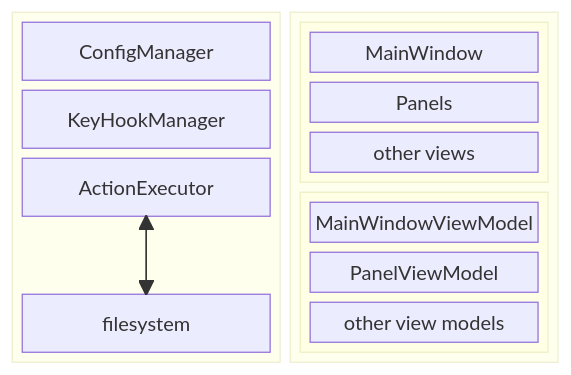
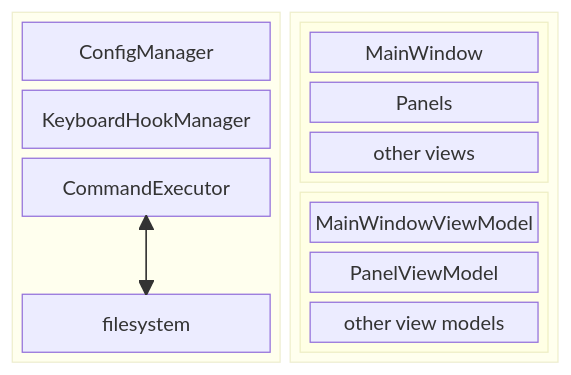
Before and after one commit to goldenbull/CatCommander: the diagram in README.md, drawn with Mermaid. The commit also changed other lines of this file and 2 other files, not shown here.

Commit message:
TODO: consider if SharpHook is necessary

````diff
--- a/README.md
+++ b/README.md
@@ -11,30 +11,30 @@
 ```mermaid
 block
   columns 2
   block:services
     columns 1
     ConfigManager
-    KeyHookManager
-    ActionExecutor
+    KeyboardHookManager
+    CommandExecutor
     space
     filesystem
   end
   block:UI
     columns 1
     block:view:1
       columns 1
       MainWindow
       Panels
       ov["other views"]
     end
     block:vm:1
       columns 1
       MainWindowViewModel
       PanelViewModel
       ovm["other view models"]
     end
   end
 
-  filesystem --> ActionExecutor
-  ActionExecutor --> filesystem
+  filesystem --> CommandExecutor
+  CommandExecutor --> filesystem
 ```
````
